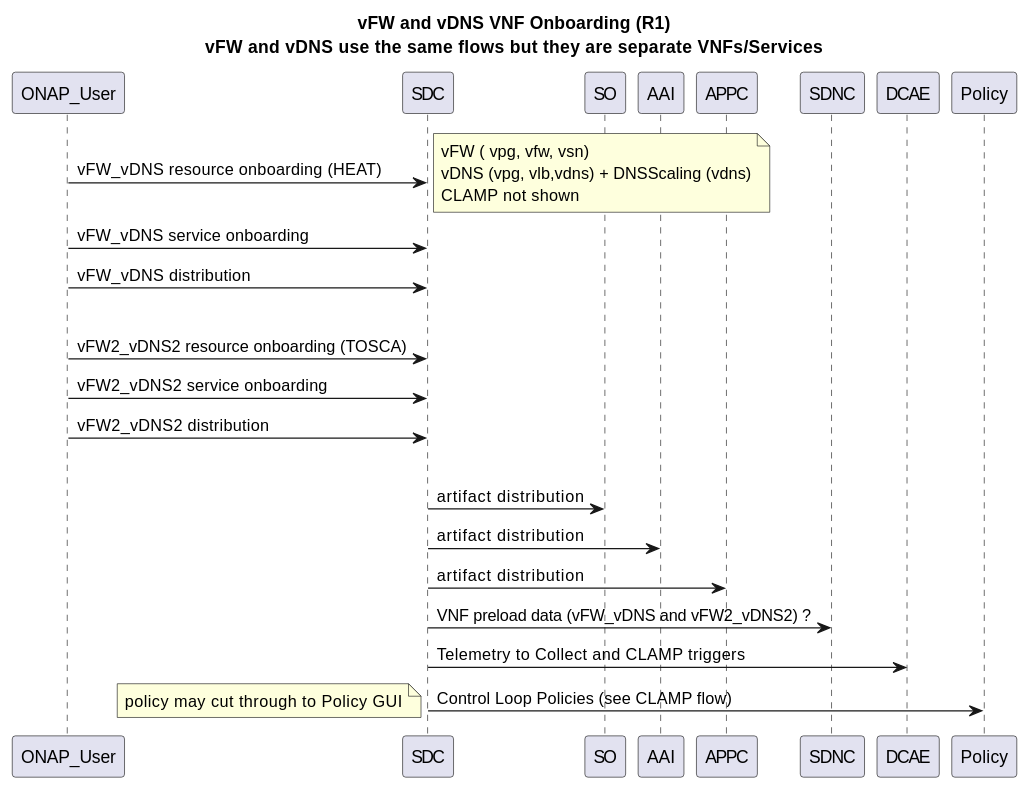
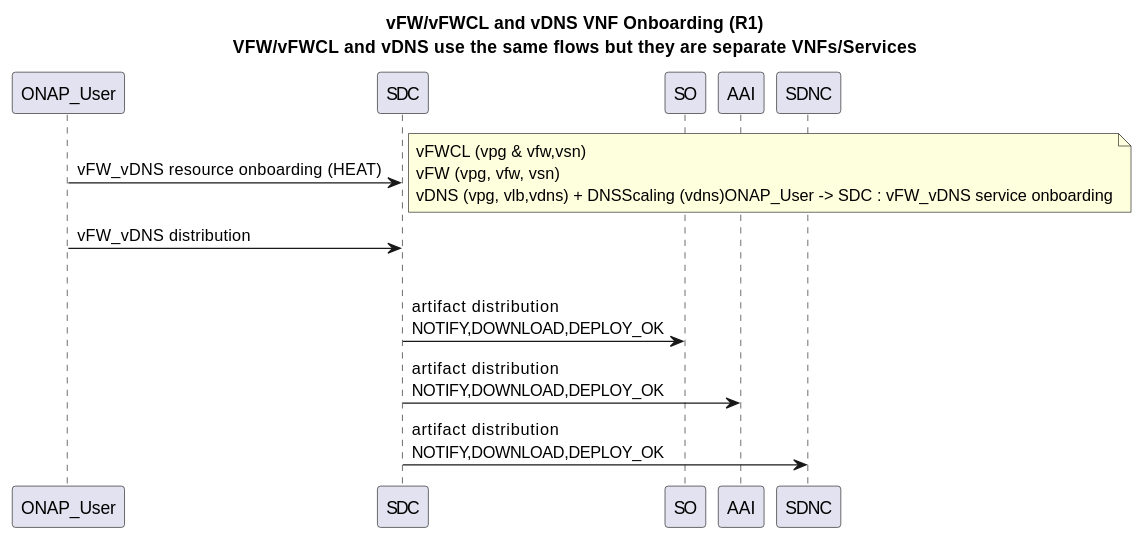
Before and after one commit to onap/doc: the first of 2 diagrams in docs/use-cases/vfw.rst, drawn with PlantUML. The commit also changed other lines of this file, not shown here.

First line of the commit message:
Updated VFW/VDNS Flows

```diff
--- a/docs/use-cases/vfw.rst
+++ b/docs/use-cases/vfw.rst
@@ -15,21 +15,13 @@
 .. uml::
 
    @startuml
-   title vFW and vDNS VNF Onboarding (R1)\nvFW and vDNS use the same flows but they are separate VNFs/Services
+   title vFW/vFWCL and vDNS VNF Onboarding (R1)\nVFW/vFWCL and vDNS use the same flows but they are separate VNFs/Services
    ONAP_User -> SDC : vFW_vDNS resource onboarding  (HEAT)
-   note right : vFW ( vpg, vfw, vsn)\nvDNS (vpg, vlb,vdns) + DNSScaling (vdns)\nCLAMP not shown
+   note right : vFWCL (vpg & vfw,vsn)\nvFW (vpg, vfw, vsn)\nvDNS (vpg, vlb,vdns) + DNSScaling (vdns)\
    ONAP_User -> SDC : vFW_vDNS service onboarding
    ONAP_User -> SDC : vFW_vDNS distribution
    |||
-   ONAP_User -> SDC : vFW2_vDNS2 resource onboarding (TOSCA)
-   ONAP_User -> SDC : vFW2_vDNS2 service onboarding
-   ONAP_User -> SDC : vFW2_vDNS2 distribution
-   |||
-   SDC -> SO : artifact distribution
-   SDC -> AAI : artifact distribution
-   SDC -> APPC : artifact distribution
-   SDC -> SDNC : VNF preload data (vFW_vDNS and vFW2_vDNS2) ?
-   SDC -> DCAE : Telemetry to Collect and CLAMP triggers
-   SDC -> Policy : Control Loop Policies (see CLAMP flow)
-   note left: policy may cut through to Policy GUI
+   SDC -> SO : artifact distribution\nNOTIFY,DOWNLOAD,DEPLOY_OK
+   SDC -> AAI : artifact distribution\nNOTIFY,DOWNLOAD,DEPLOY_OK
+   SDC -> SDNC : artifact distribution\nNOTIFY,DOWNLOAD,DEPLOY_OK
    @enduml
```
